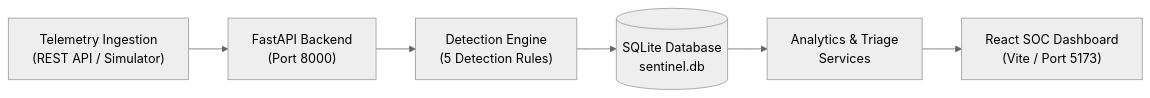
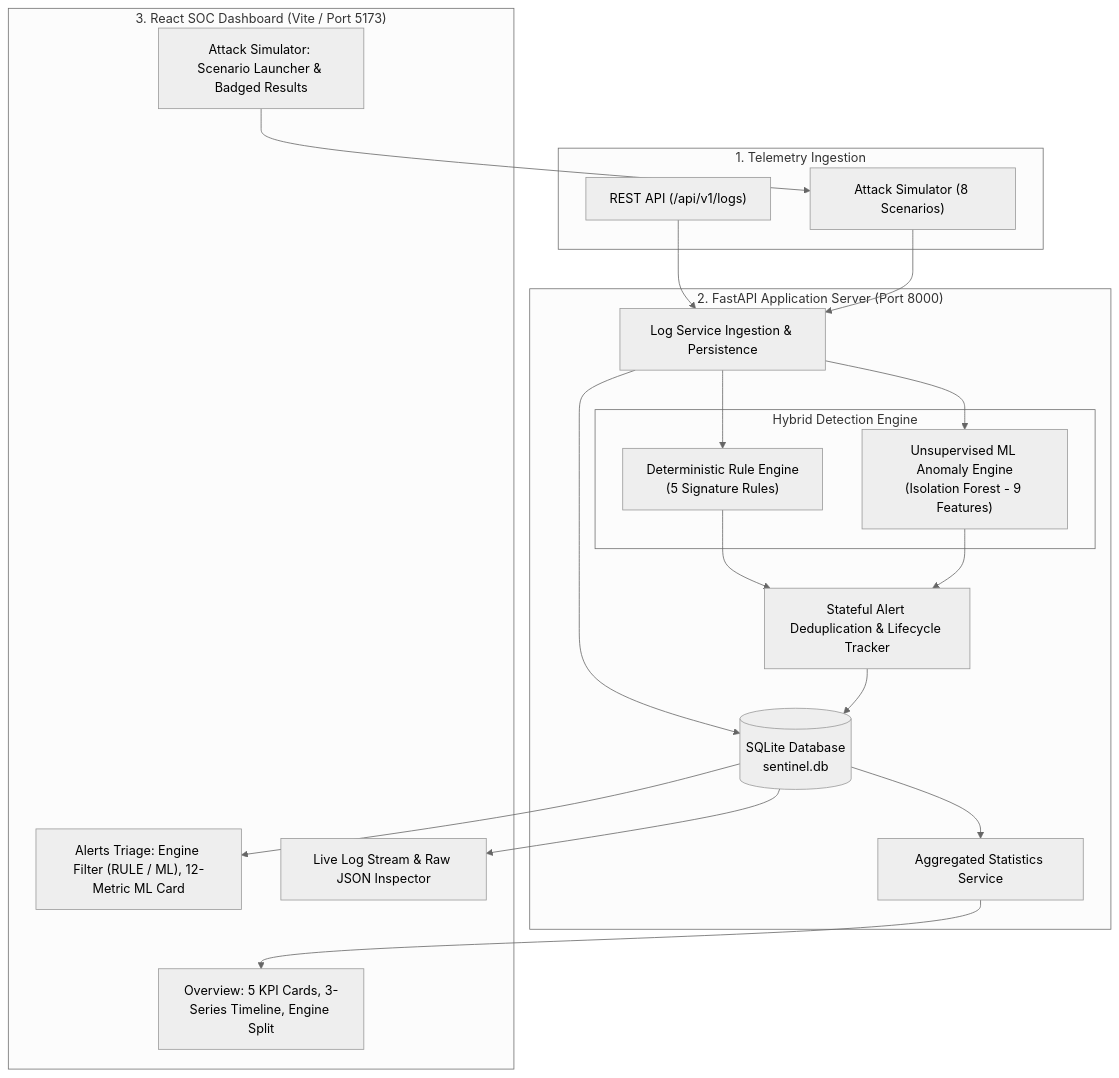
One commit to deba-moha/Sentinel-AI-V1.5 changed the diagram in README.md. Above: the diagram before and after it, drawn with Mermaid (neutral theme). The commit also changed other lines of this file and 52 other files, not shown here.

````diff
--- a/README.md
+++ b/README.md
@@ -46,8 +66,41 @@
 ```mermaid
-flowchart LR
-    A["Telemetry Ingestion\n(REST API / Simulator)"] --> B["FastAPI Backend\n(Port 8000)"]
-    B --> C["Detection Engine\n(5 Detection Rules)"]
-    C --> D[("SQLite Database\nsentinel.db")]
-    D --> E["Analytics & Triage\nServices"]
-    E --> F["React SOC Dashboard\n(Vite / Port 5173)"]
+flowchart TD
+    subgraph Ingestion["1. Telemetry Ingestion"]
+        API["REST API (/api/v1/logs)"]
+        SIM["Attack Simulator (8 Scenarios)"]
+    end
+
+    subgraph Backend["2. FastAPI Application Server (Port 8000)"]
+        INGEST["Log Service Ingestion & Persistence"]
+        DB[("SQLite Database\nsentinel.db")]
+        
+        subgraph HybridEngine["Hybrid Detection Engine"]
+            DET["Deterministic Rule Engine\n(5 Signature Rules)"]
+            ML["Unsupervised ML Anomaly Engine\n(Isolation Forest - 9 Features)"]
+        end
+        
+        DEDUP["Stateful Alert Deduplication & Lifecycle Tracker"]
+        STATS["Aggregated Statistics Service"]
+    end
+
+    subgraph Frontend["3. React SOC Dashboard (Vite / Port 5173)"]
+        DASH["Overview: 5 KPI Cards, 3-Series Timeline, Engine Split"]
+        ALERTS["Alerts Triage: Engine Filter (RULE / ML), 12-Metric ML Card"]
+        LOGS["Live Log Stream & Raw JSON Inspector"]
+        SIM_UI["Attack Simulator: Scenario Launcher & Badged Results"]
+    end
+
+    API --> INGEST
+    SIM --> INGEST
+    INGEST --> DB
+    INGEST --> DET
+    INGEST --> ML
+    DET --> DEDUP
+    ML --> DEDUP
+    DEDUP --> DB
+    DB --> STATS
+    STATS --> DASH
+    DB --> ALERTS
+    DB --> LOGS
+    SIM_UI --> SIM
 ```
````
